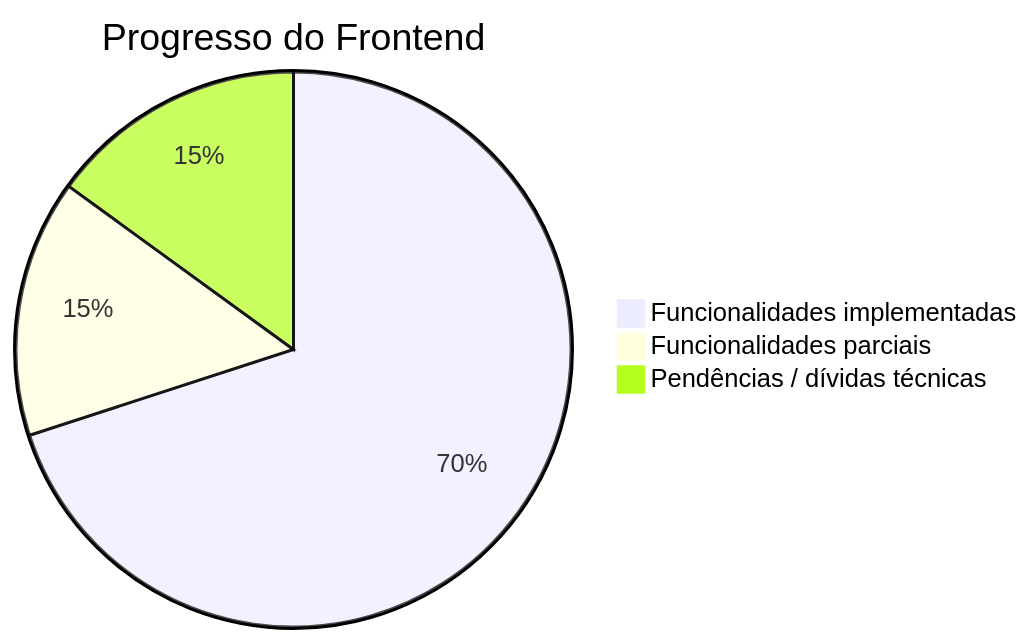
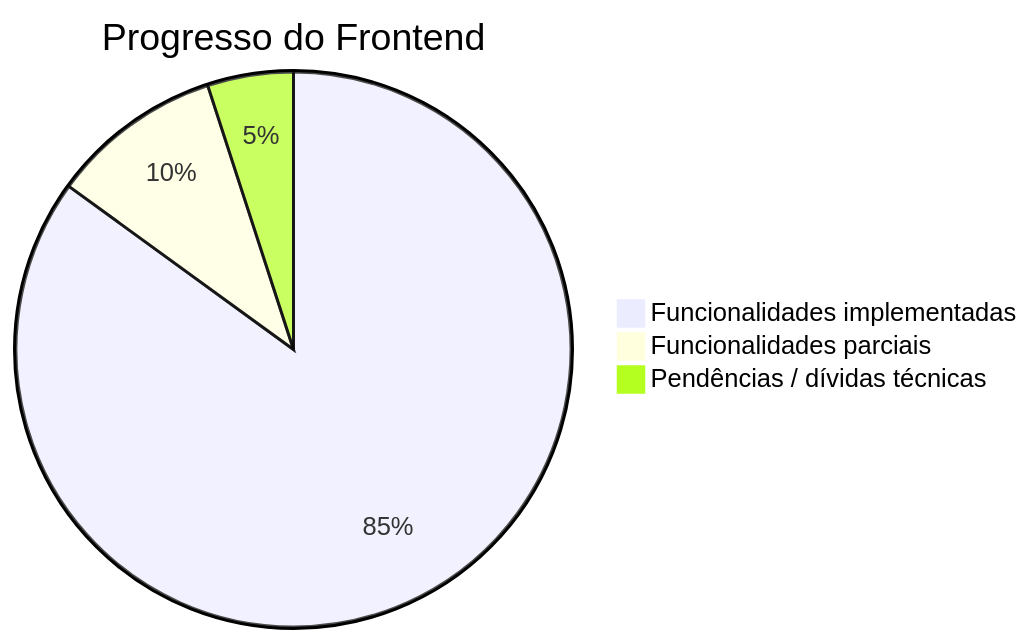
The diagram in docs/06-status/estado-atual.md (TROCA-AULA/troca-aula-front), drawn with Mermaid before and after one commit. The commit also changed other lines of this file and 16 other files, not shown here.

````diff
--- a/docs/06-status/estado-atual.md
+++ b/docs/06-status/estado-atual.md
@@ -7,6 +7,6 @@
 ```mermaid
 pie title Progresso do Frontend
-    "Funcionalidades implementadas" : 70
-    "Funcionalidades parciais" : 15
-    "Pendências / dívidas técnicas" : 15
+    "Funcionalidades implementadas" : 85
+    "Funcionalidades parciais" : 10
+    "Pendências / dívidas técnicas" : 5
 ```
````
